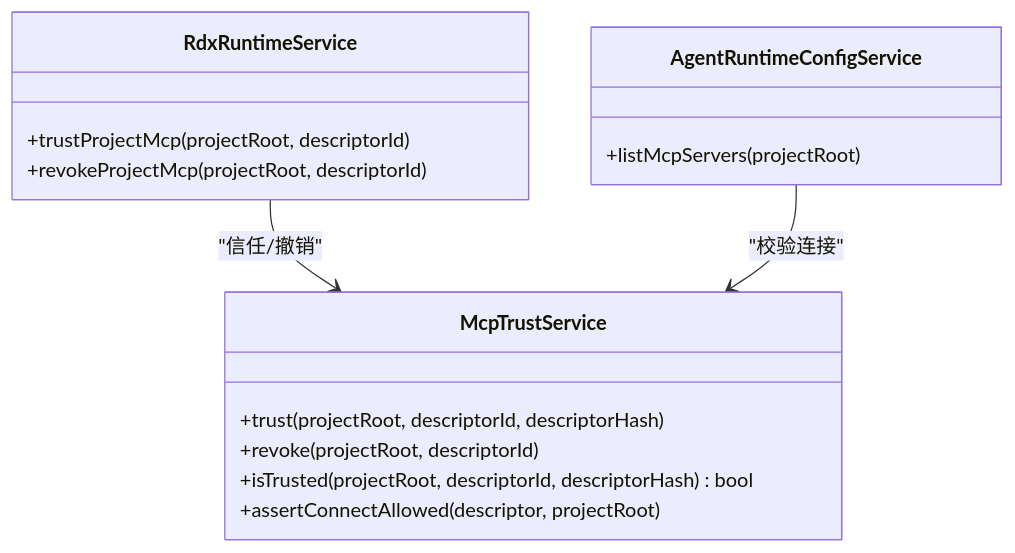
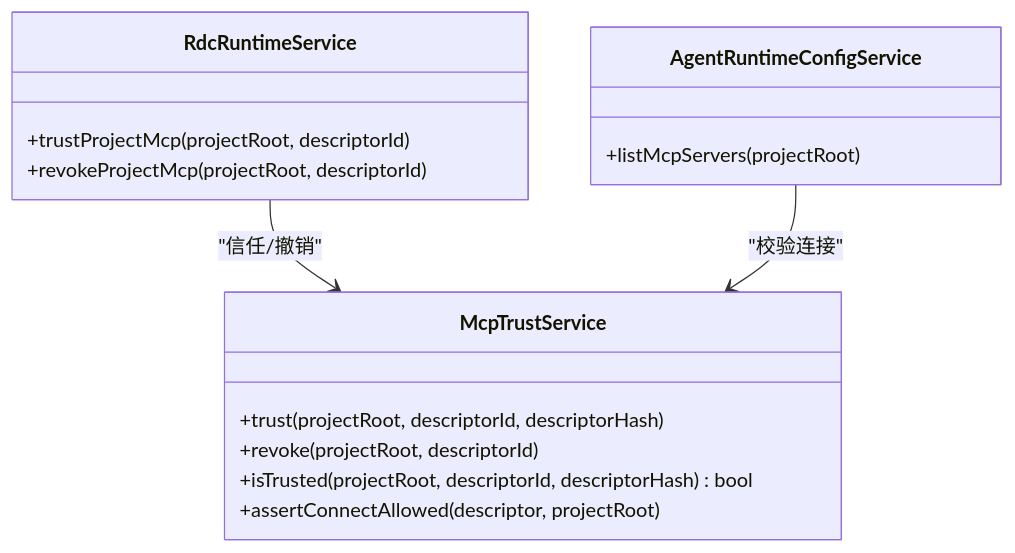
One commit to haolange/RDC-Agent changed the seventh of 9 diagrams in .qoder/repowiki/zh/content/用户界面/设置面板/运行时设置.md. Above: the diagram before and after it, drawn with Mermaid. The commit also changed other lines of this file and 557 other files, not shown here.

````diff
--- a/.qoder/repowiki/zh/content/用户界面/设置面板/运行时设置.md
+++ b/.qoder/repowiki/zh/content/用户界面/设置面板/运行时设置.md
@@ -325,18 +325,18 @@
 ```mermaid
 classDiagram
 class McpTrustService {
 +trust(projectRoot, descriptorId, descriptorHash)
 +revoke(projectRoot, descriptorId)
 +isTrusted(projectRoot, descriptorId, descriptorHash) bool
 +assertConnectAllowed(descriptor, projectRoot)
 }
 class AgentRuntimeConfigService {
 +listMcpServers(projectRoot)
 }
-class RdxRuntimeService {
+class RdcRuntimeService {
 +trustProjectMcp(projectRoot, descriptorId)
 +revokeProjectMcp(projectRoot, descriptorId)
 }
-RdxRuntimeService --> McpTrustService : "信任/撤销"
+RdcRuntimeService --> McpTrustService : "信任/撤销"
 AgentRuntimeConfigService --> McpTrustService : "校验连接"
 ```
````
